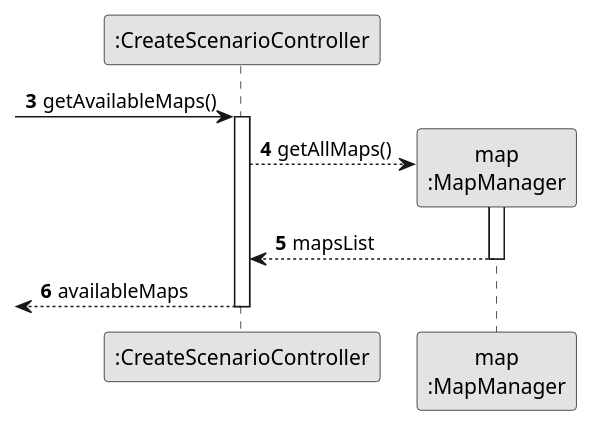
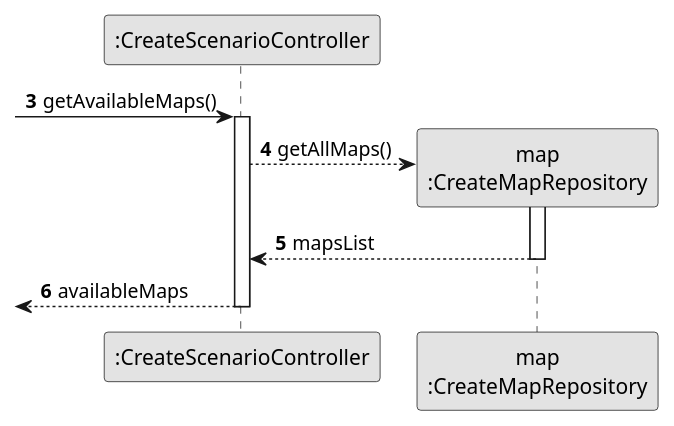
One commit to Andremonteiro1240850/railway_simulator changed the diagram in docs/system-documentation/US04/03.Design/puml/SSD-Get-Map.puml. Above: the diagram before and after it, drawn with PlantUML. The commit also changed 42 other files, not shown here.

```diff
--- a/docs/system-documentation/US04/03.Design/puml/SSD-Get-Map.puml
+++ b/docs/system-documentation/US04/03.Design/puml/SSD-Get-Map.puml
@@ -1,19 +1,19 @@
 @startuml
 skinparam monochrome true
 skinparam packageStyle rectangle
 skinparam shadowing false
 
 participant ":CreateScenarioController" as CTRL
-participant "map\n:MapManager" as MAP
+participant "map\n:CreateMapRepository" as MAP
 autonumber 3
 -> CTRL: getAvailableMaps()
 activate CTRL
     CTRL --> MAP**: getAllMaps()
     activate MAP
         MAP --> CTRL: mapsList
     deactivate MAP
 
 <-- CTRL: availableMaps
 deactivate CTRL
 
 @enduml
```
